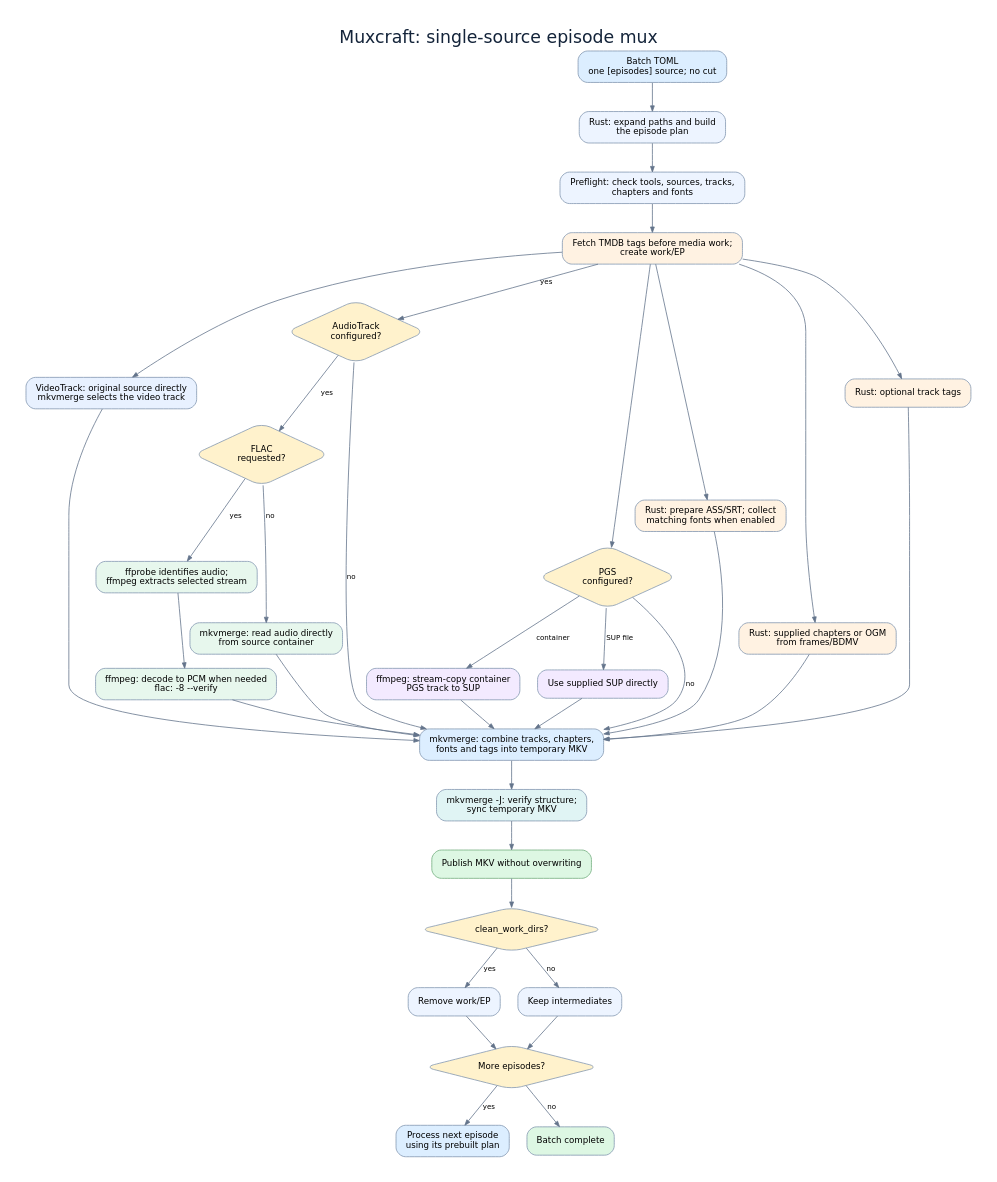
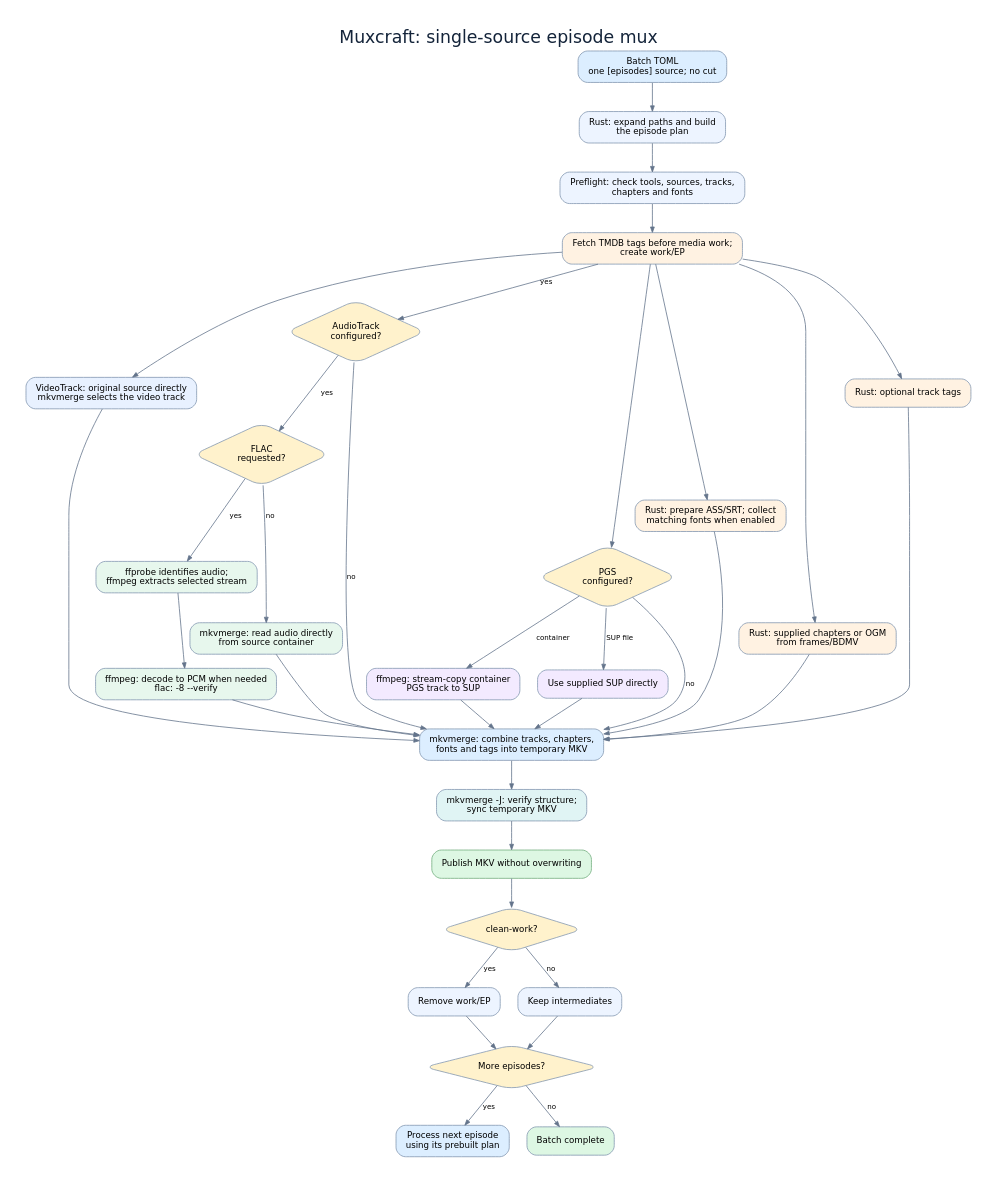
Before and after one commit to IncYami/muxcraft: the diagram in docs/single-source-flow.dot, drawn with Graphviz. The commit also changed 18 other files, not shown here.

```diff
--- a/docs/single-source-flow.dot
+++ b/docs/single-source-flow.dot
@@ -1,61 +1,61 @@
 digraph SingleSourceFlow {
   graph [rankdir=TB, bgcolor="white", pad="0.35", nodesep="0.3", ranksep="0.5", fontname="DejaVu Sans", label="Muxcraft: single-source episode mux", labelloc=t, fontsize=22, fontcolor="#14243a"];
   node [shape=box, style="rounded,filled", fillcolor="#edf4ff", color="#8297b0", fontname="DejaVu Sans", fontsize=11, margin="0.17,0.11"];
   edge [color="#64748b", arrowsize=0.7, fontname="DejaVu Sans", fontsize=9];
 
   toml [label="Batch TOML\none [episodes] source; no cut", fillcolor="#dceeff"];
   plan [label="Rust: expand paths and build\nthe episode plan"];
   preflight [label="Preflight: check tools, sources, tracks,\nchapters and fonts"];
   work [label="Fetch TMDB tags before media work;\ncreate work/EP", fillcolor="#fff2e2"];
   video [label="VideoTrack: original source directly\nmkvmerge selects the video track", fillcolor="#e8f1ff"];
   audio [shape=diamond, label="AudioTrack\nconfigured?", fillcolor="#fff2cc"];
   extract [label="ffprobe identifies audio;\nffmpeg extracts selected stream", fillcolor="#e7f7ed"];
   flac_choice [shape=diamond, label="FLAC\nrequested?", fillcolor="#fff2cc"];
   pcm [label="ffmpeg: decode to PCM when needed\nflac: -8 --verify", fillcolor="#e7f7ed"];
   copy [label="mkvmerge: read audio directly\nfrom source container", fillcolor="#e7f7ed"];
   pgs [shape=diamond, label="PGS\nconfigured?", fillcolor="#fff2cc"];
   pgs_extract [label="ffmpeg: stream-copy container\nPGS track to SUP", fillcolor="#f3eaff"];
   pgs_direct [label="Use supplied SUP directly", fillcolor="#f3eaff"];
   subtitle [label="Rust: prepare ASS/SRT; collect\nmatching fonts when enabled", fillcolor="#fff2e2"];
   chapter [label="Rust: supplied chapters or OGM\nfrom frames/BDMV", fillcolor="#fff2e2"];
   tags [label="Rust: optional track tags", fillcolor="#fff2e2"];
   mux [label="mkvmerge: combine tracks, chapters,\nfonts and tags into temporary MKV", fillcolor="#dceeff"];
   verify [label="mkvmerge -J: verify structure;\nsync temporary MKV", fillcolor="#e0f4f4"];
   output [label="Publish MKV without overwriting", fillcolor="#ddf7e3", color="#72ad7d"];
-  clean [shape=diamond, label="clean_work_dirs?", fillcolor="#fff2cc"];
+  clean [shape=diamond, label="clean-work?", fillcolor="#fff2cc"];
   remove [label="Remove work/EP"];
   keep [label="Keep intermediates"];
   next [shape=diamond, label="More episodes?", fillcolor="#fff2cc"];
   repeat [label="Process next episode\nusing its prebuilt plan", fillcolor="#dceeff"];
   done [label="Batch complete", fillcolor="#ddf7e3"];
 
   toml -> plan -> preflight -> work;
   work -> video;
   work -> audio -> flac_choice [label="yes"];
   flac_choice -> extract [label="yes"];
   extract -> pcm;
   flac_choice -> copy [label="no"];
   work -> pgs;
   pgs -> pgs_extract [label="container"];
   pgs -> pgs_direct [label="SUP file"];
   work -> subtitle;
   work -> chapter;
   work -> tags;
   video -> mux;
   audio -> mux [label="no"];
   pcm -> mux;
   copy -> mux;
   pgs -> mux [label="no"];
   pgs_extract -> mux;
   pgs_direct -> mux;
   subtitle -> mux;
   chapter -> mux;
   tags -> mux;
   mux -> verify -> output -> clean;
   clean -> remove [label="yes"];
   clean -> keep [label="no"];
   remove -> next;
   keep -> next;
   next -> repeat [label="yes"];
   next -> done [label="no"];
 }
```
